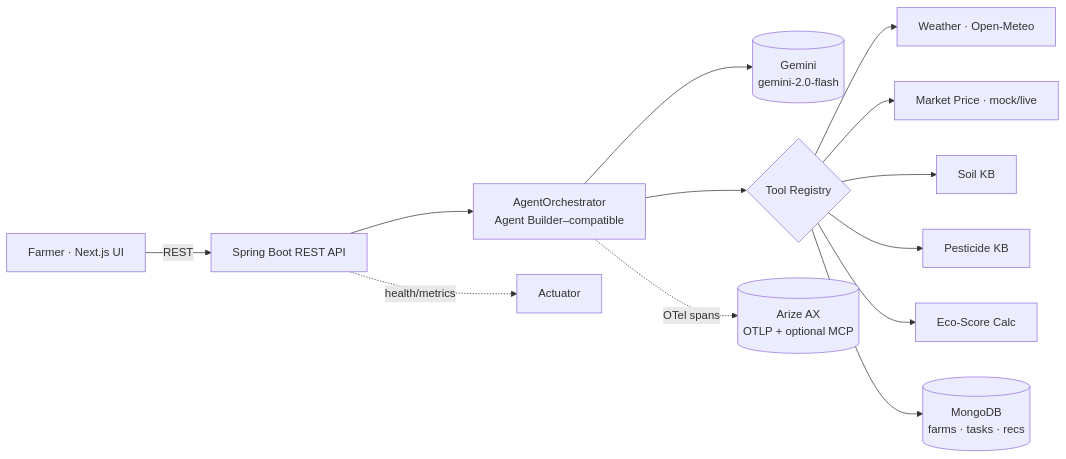
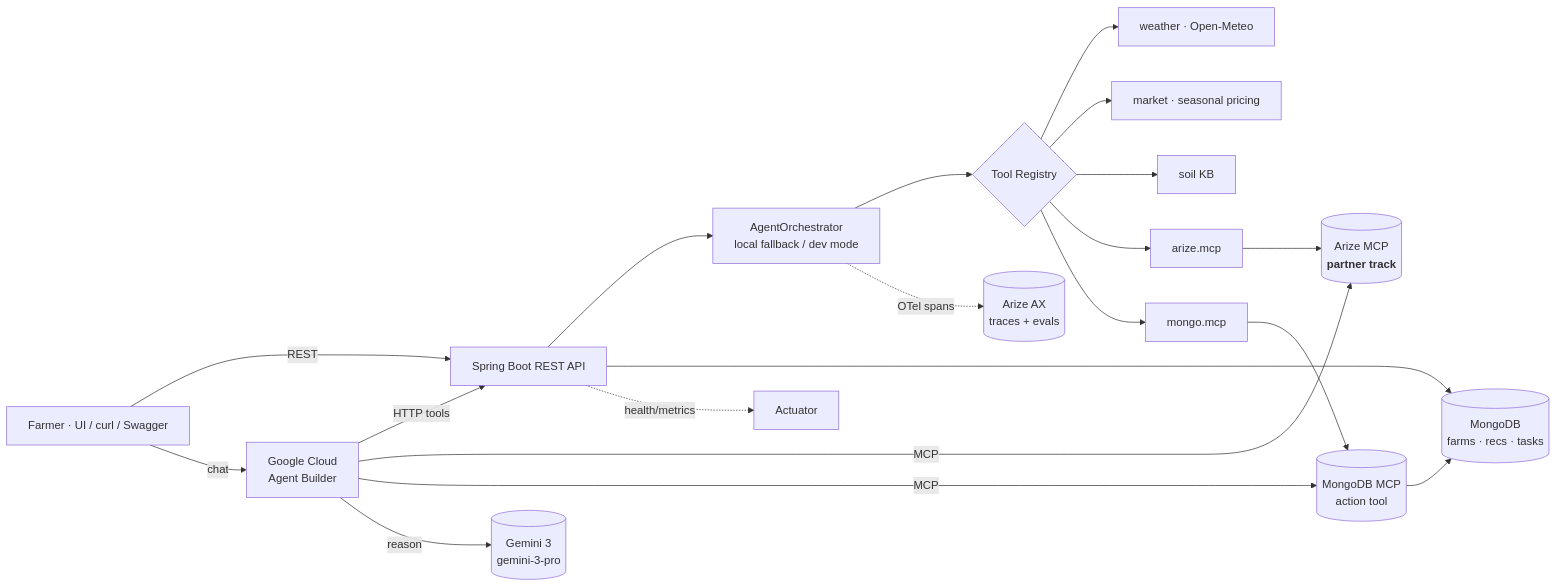
Before and after one commit to Surendra12345677/AgriGuardian-AI: the diagram in README.md, drawn with Mermaid. The commit also changed other lines of this file, not shown here.

Commit message:
docs(readme): refresh tagline, architecture diagram, env table and project layout for Arize + Gemini 3 + MCP

````diff
--- a/README.md
+++ b/README.md
@@ -53,15 +54,23 @@
 ```mermaid
 flowchart LR
-    U[Farmer · Next.js UI] -->|REST| API[Spring Boot REST API]
-    API --> ORCH[AgentOrchestrator<br/>Agent Builder–compatible]
-    ORCH --> GEM[(Gemini<br/>gemini-2.0-flash)]
+    U[Farmer · UI / curl / Swagger] -->|REST| API[Spring Boot REST API]
+    U -->|chat| AB[Google Cloud<br/>Agent Builder]
+    AB -->|HTTP tools| API
+    AB -->|MCP| ARIZE_MCP[(Arize MCP<br/><b>partner track</b>)]
+    AB -->|MCP| MONGO_MCP[(MongoDB MCP<br/>action tool)]
+    AB -->|reason| GEM[(Gemini 3<br/>gemini-3-pro)]
+
+    API --> ORCH[AgentOrchestrator<br/>local fallback / dev mode]
     ORCH --> TOOLS{Tool Registry}
-    TOOLS --> WX[Weather · Open-Meteo]
-    TOOLS --> MKT[Market Price · mock/live]
-    TOOLS --> SOIL[Soil KB]
-    TOOLS --> PEST[Pesticide KB]
-    TOOLS --> ECO[Eco-Score Calc]
-    TOOLS --> DB[(MongoDB<br/>farms · tasks · recs)]
-    ORCH -. OTel spans .-> ARIZE[(Arize AX<br/>OTLP + optional MCP)]
+    TOOLS --> WX[weather · Open-Meteo]
+    TOOLS --> MKT[market · seasonal pricing]
+    TOOLS --> SOIL[soil KB]
+    TOOLS --> A_MCP[arize.mcp]
+    TOOLS --> M_MCP[mongo.mcp]
+    A_MCP --> ARIZE_MCP
+    M_MCP --> MONGO_MCP
+    MONGO_MCP --> DB[(MongoDB<br/>farms · recs · tasks)]
+    API --> DB
+    ORCH -. OTel spans .-> ARIZE_AX[(Arize AX<br/>traces + evals)]
     API -. health/metrics .-> ACT[Actuator]
 ```
````
